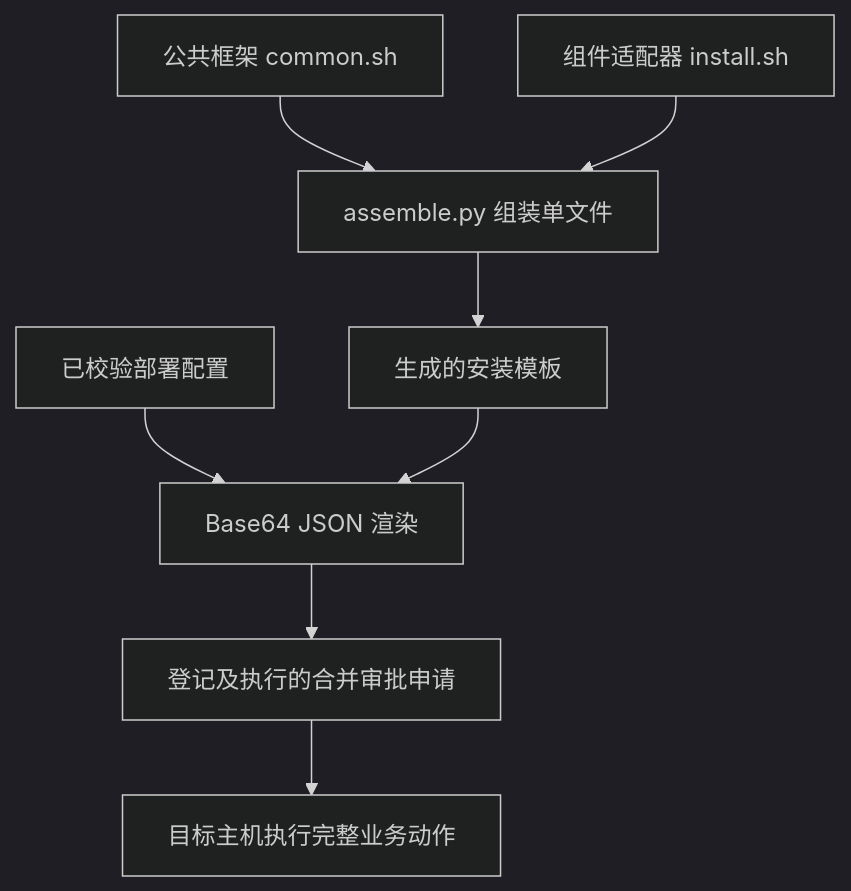
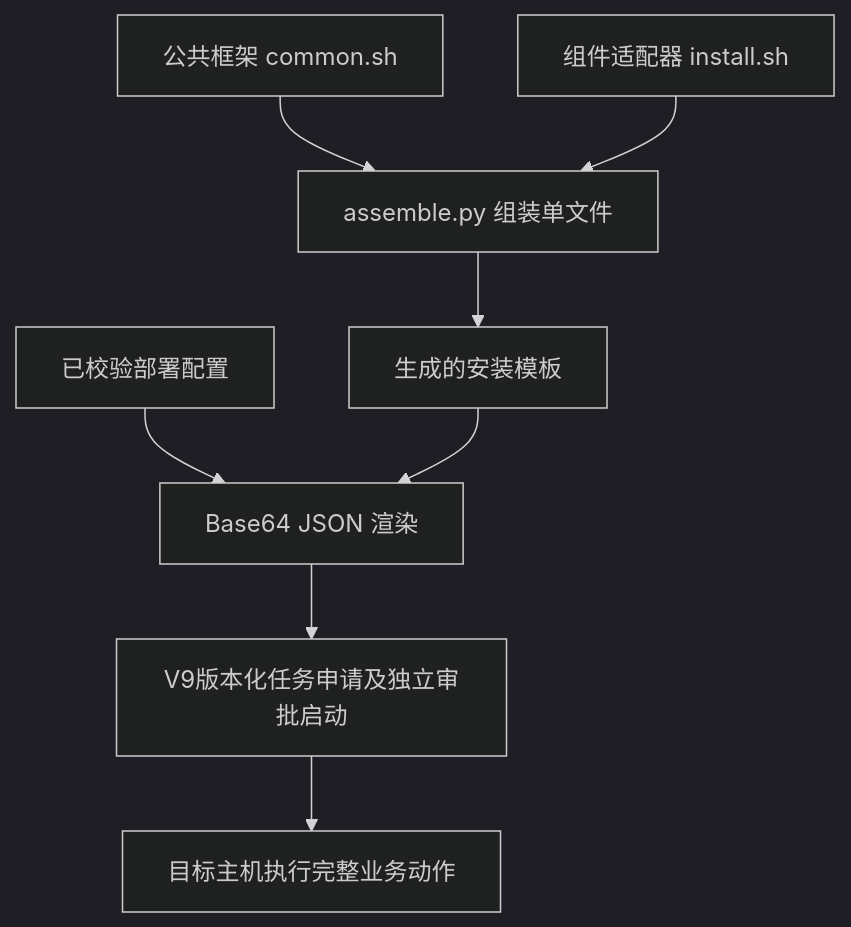
One commit to schoIarw/ycyh-all changed the diagram in docs/SCRIPT_STANDARD.md. Above: the diagram before and after it, drawn with Mermaid (dark theme). The commit also changed other lines of this file and 51 other files, not shown here.

````diff
--- a/docs/SCRIPT_STANDARD.md
+++ b/docs/SCRIPT_STANDARD.md
@@ -25,10 +25,10 @@
 ```mermaid
 flowchart TD
  A[公共框架 common.sh] --> C[assemble.py 组装单文件]
  B[组件适配器 install.sh] --> C
  C --> D[生成的安装模板]
  E[已校验部署配置] --> F[Base64 JSON 渲染]
  D --> F
- F --> G[登记及执行的合并审批申请]
+ F --> G[V9版本化任务申请及独立审批启动]
  G --> H[目标主机执行完整业务动作]
 ```
````
